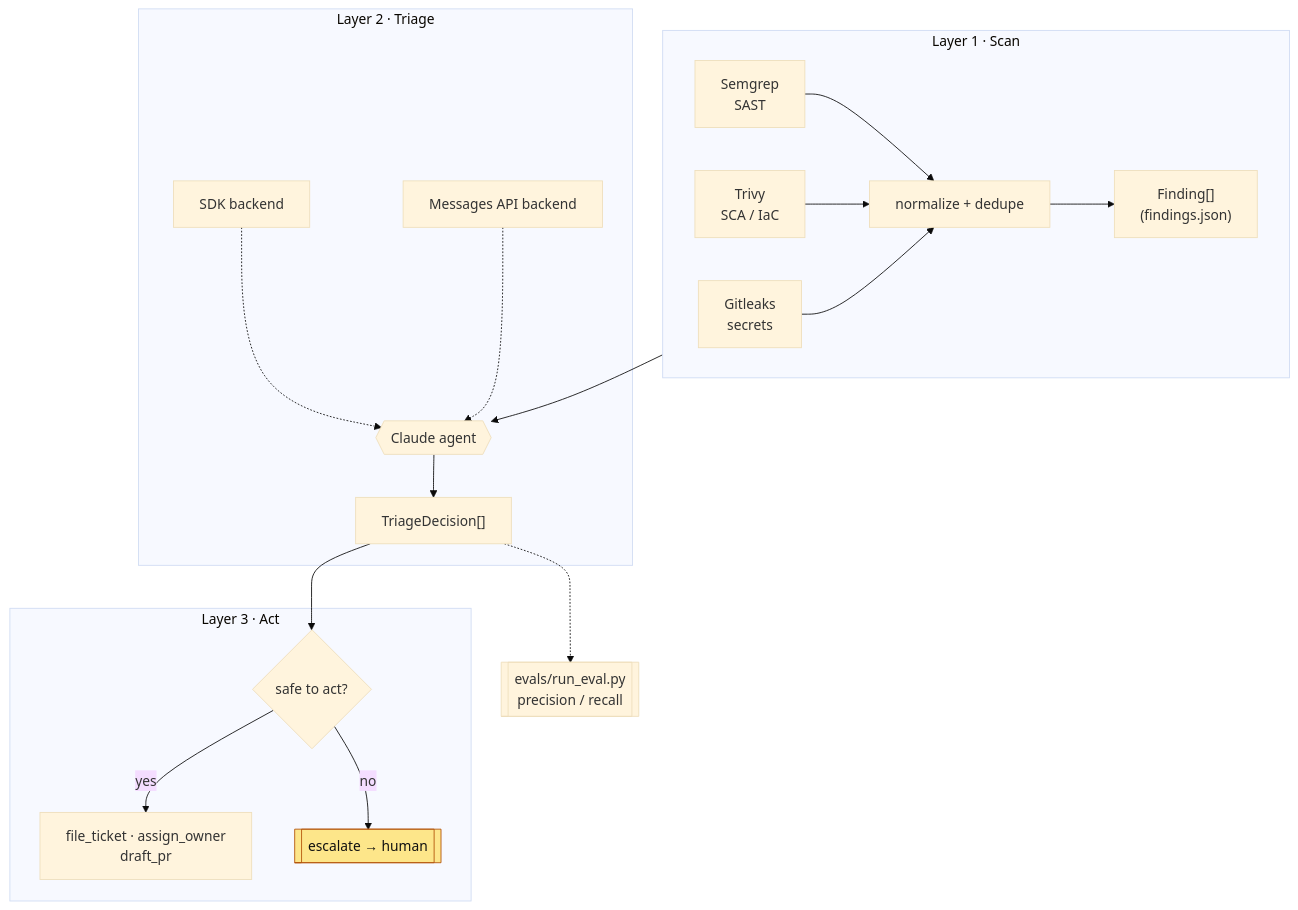
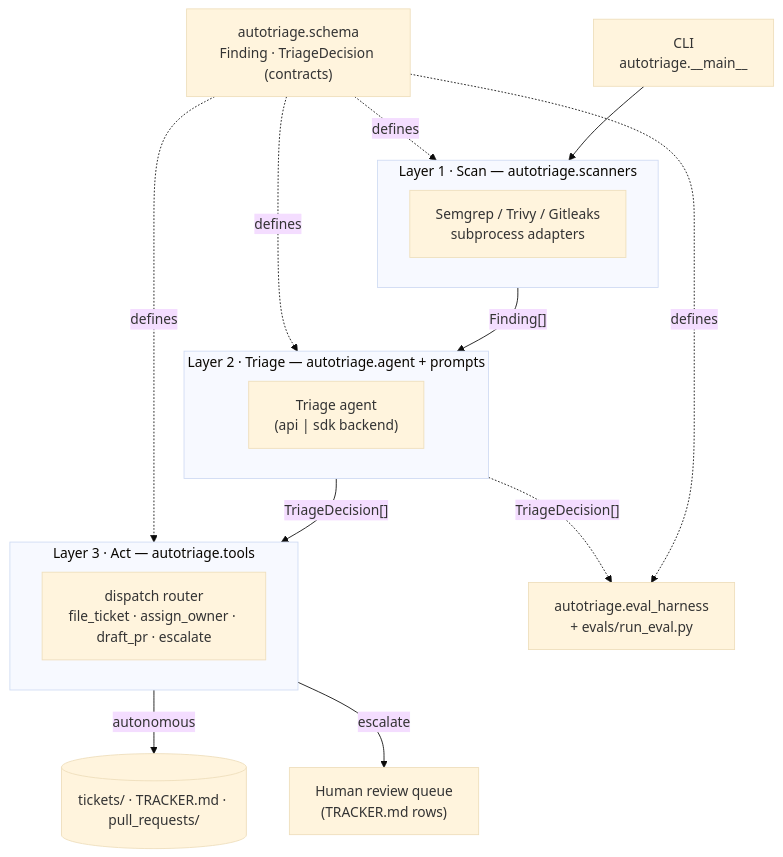
Before and after one commit to rohanbatrain/autotriage: the second of 6 diagrams in docs/architecture.md, drawn with Mermaid (base theme). The commit also changed other lines of this file and 51 other files, not shown here.

````diff
--- a/docs/architecture.md
+++ b/docs/architecture.md
@@ -7,31 +51,32 @@
 ```mermaid
 flowchart TB
-    subgraph L1["Layer 1 · Scan"]
-        direction LR
-        SG[Semgrep<br/>SAST]
-        TR[Trivy<br/>SCA / IaC]
-        GL[Gitleaks<br/>secrets]
-        SG & TR & GL --> NORM[normalize + dedupe]
-        NORM --> FIND["Finding[]<br/>(findings.json)"]
+    cli["CLI<br/>autotriage.__main__"]
+
+    subgraph scan["Layer 1 · Scan — autotriage.scanners"]
+        adapters["Semgrep / Trivy / Gitleaks<br/>subprocess adapters"]
     end
 
-    subgraph L2["Layer 2 · Triage"]
-        FIND --> AGENT{{"Claude agent"}}
-        AGENT --> DEC["TriageDecision[]"]
-        BE1[SDK backend]
-        BE2[Messages API backend]
-        BE1 -.-> AGENT
-        BE2 -.-> AGENT
+    subgraph triage["Layer 2 · Triage — autotriage.agent + prompts"]
+        agent["Triage agent<br/>(api | sdk backend)"]
     end
 
-    subgraph L3["Layer 3 · Act"]
-        DEC --> GATE{safe to act?}
-        GATE -- yes --> TOOLS[file_ticket · assign_owner<br/>draft_pr]
-        GATE -- no --> ESC[[escalate → human]]
+    subgraph act["Layer 3 · Act — autotriage.tools"]
+        router["dispatch router<br/>file_ticket · assign_owner · draft_pr · escalate"]
     end
 
-    DEC -.-> EVAL[["evals/run_eval.py<br/>precision / recall"]]
+    schema["autotriage.schema<br/>Finding · TriageDecision (contracts)"]
+    evalh["autotriage.eval_harness<br/>+ evals/run_eval.py"]
 
-    classDef human fill:#fde68a,stroke:#b45309,color:#111;
-    class ESC human;
+    cli --> scan
+    scan -->|"Finding[]"| triage
+    triage -->|"TriageDecision[]"| act
+    triage -.->|"TriageDecision[]"| evalh
+
+    schema -.->|defines| scan
+    schema -.->|defines| triage
+    schema -.->|defines| act
+    schema -.->|defines| evalh
+
+    act -->|autonomous| artifacts[("tickets/ · TRACKER.md · pull_requests/")]
+    act -->|escalate| human["Human review queue<br/>(TRACKER.md rows)"]
 ```
````
